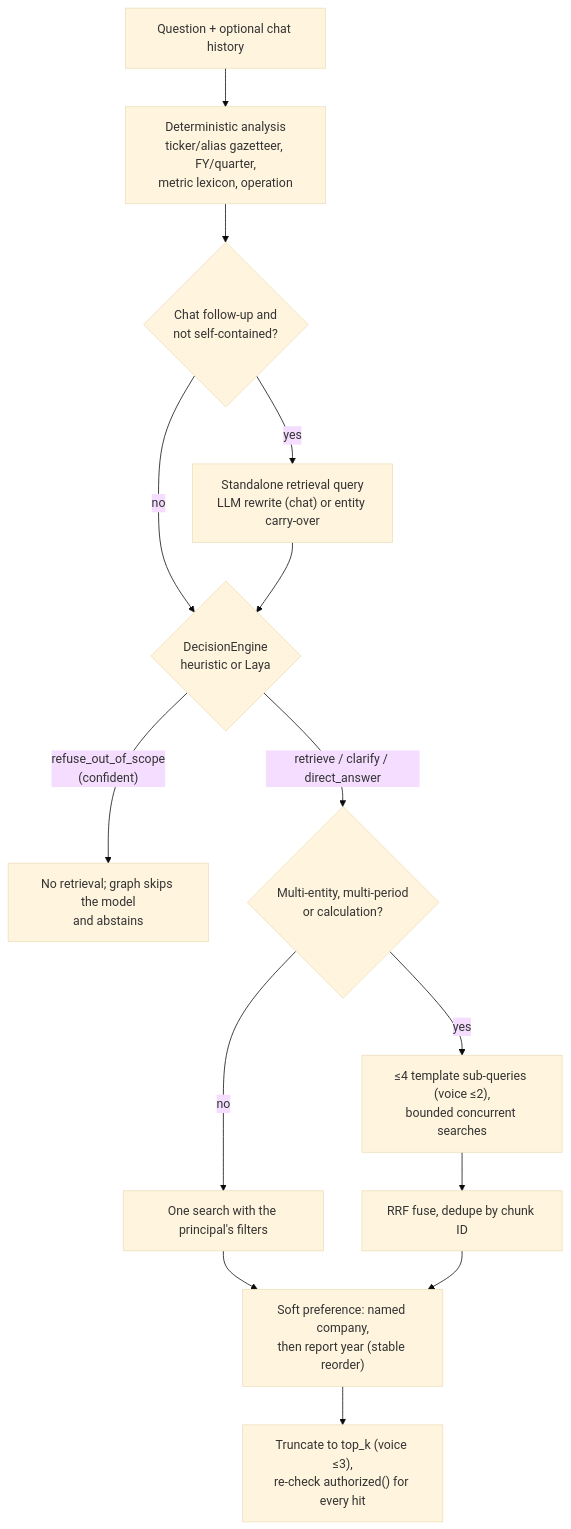
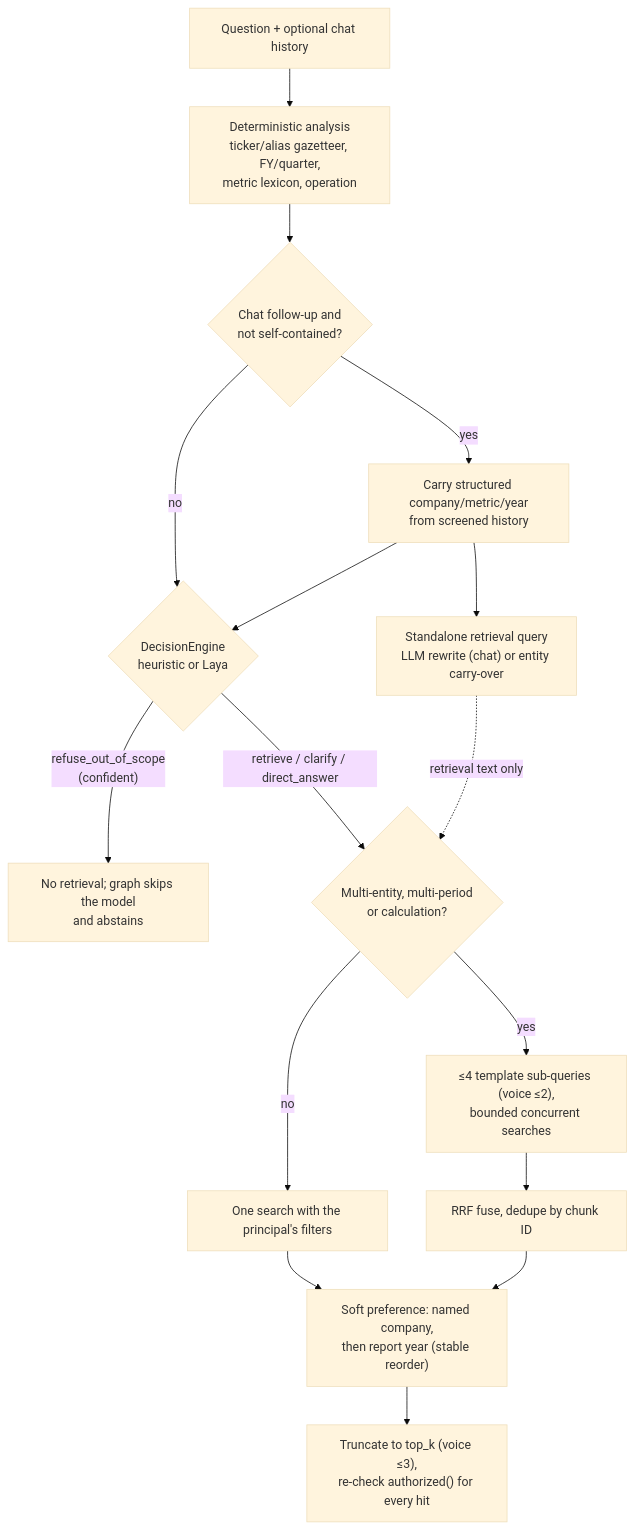
The third of 5 diagrams in docs/ARCHITECTURE.md (tushar-mahalya/ledger_rag), drawn with Mermaid (base theme) before and after one commit. The commit also changed other lines of this file and 1 other file, not shown here.

Commit message:
docs: describe history-safe routing and gazetteer build

````diff
--- a/docs/ARCHITECTURE.md
+++ b/docs/ARCHITECTURE.md
@@ -127,16 +127,18 @@
 ```mermaid
 flowchart TD
     Q[Question + optional chat history] --> A["Deterministic analysis<br/>ticker/alias gazetteer, FY/quarter,<br/>metric lexicon, operation"]
     A --> F{Chat follow-up and<br/>not self-contained?}
-    F -- no --> D
-    F -- yes --> R["Standalone retrieval query<br/>LLM rewrite (chat) or entity carry-over"]
-    R --> D{"DecisionEngine<br/>heuristic or Laya"}
+    F -- no --> D{"DecisionEngine<br/>heuristic or Laya"}
+    F -- yes --> C["Carry structured company/metric/year<br/>from screened history"]
+    C --> D
+    C --> R["Standalone retrieval query<br/>LLM rewrite (chat) or entity carry-over"]
+    R -. "retrieval text only" .-> S
     D -- "refuse_out_of_scope<br/>(confident)" --> X["No retrieval; graph skips the model<br/>and abstains"]
     D -- "retrieve / clarify / direct_answer" --> S{Multi-entity, multi-period<br/>or calculation?}
     S -- no --> One[One search with the principal's filters]
     S -- yes --> Many["≤4 template sub-queries (voice ≤2),<br/>bounded concurrent searches"]
     Many --> RRF[RRF fuse, dedupe by chunk ID]
     One --> P["Soft preference: named company,<br/>then report year (stable reorder)"]
     RRF --> P
     P --> Z["Truncate to top_k (voice ≤3),<br/>re-check authorized() for every hit"]
 ```
````
